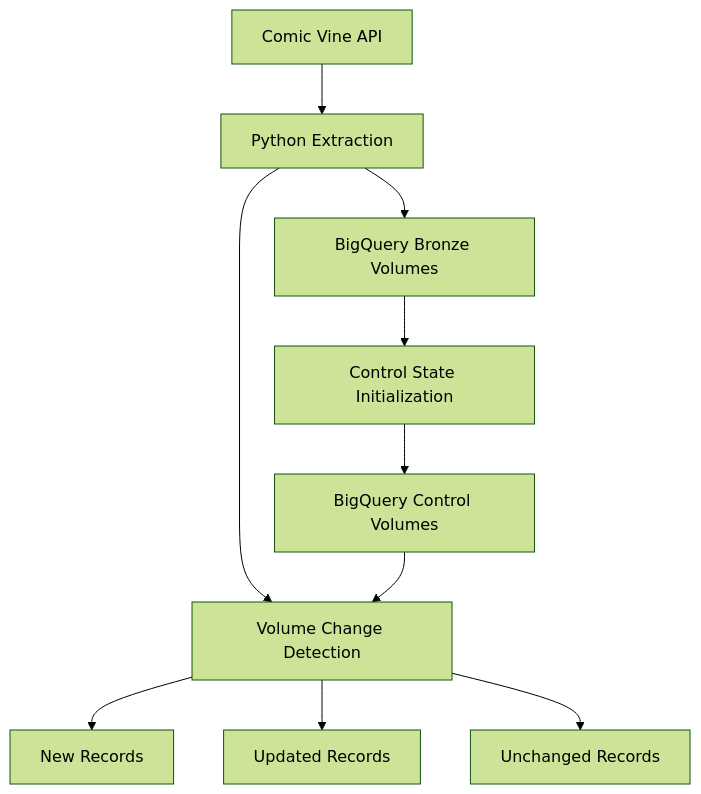
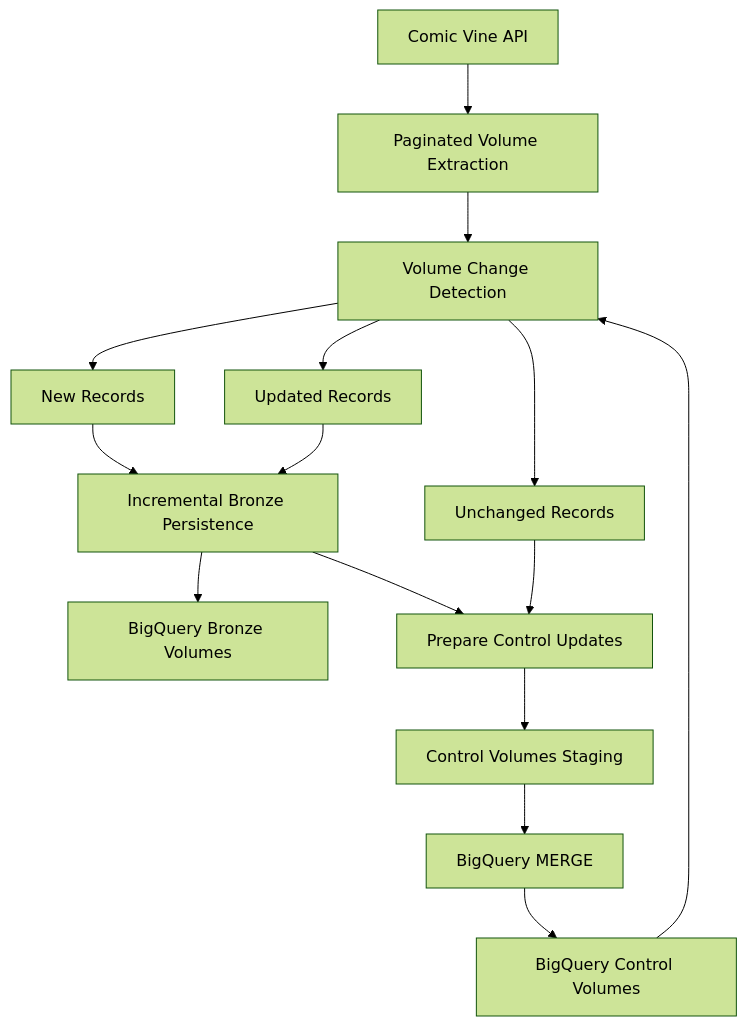
Before and after one commit to JaimeSolisS/dc-absolute-pipeline: the first of 2 diagrams in README.md, drawn with Mermaid (forest theme). The commit also changed other lines of this file, not shown here.

````diff
--- a/README.md
+++ b/README.md
@@ -37,12 +39,17 @@
 ```mermaid
 flowchart TD
-    A[Comic Vine API] --> B[Python Extraction]
-    B --> C[BigQuery Bronze Volumes]
-    C --> D[Control State Initialization]
-    D --> E[BigQuery Control Volumes]
+    A[Comic Vine API] --> B[Paginated Volume Extraction]
     B --> F[Volume Change Detection]
-    E --> F
+    E[BigQuery Control Volumes] --> F
     F --> G[New Records]
     F --> H[Updated Records]
     F --> I[Unchanged Records]
+    G --> P[Incremental Bronze Persistence]
+    H --> P
+    P --> C[BigQuery Bronze Volumes]
+    P --> U[Prepare Control Updates]
+    I --> U
+    U --> S[Control Volumes Staging]
+    S --> M[BigQuery MERGE]
+    M --> E
 ```
````
